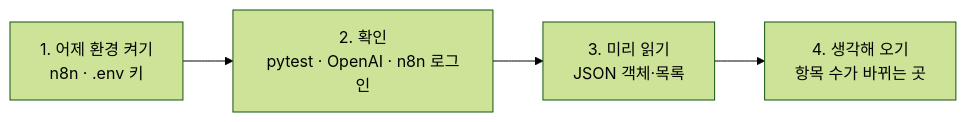
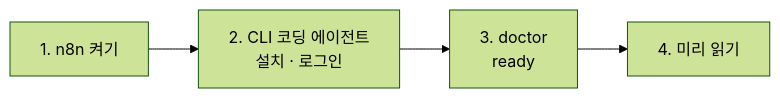
Before and after one commit to jbbdyee/ai-engineering-lab: the diagram in Lecture/66/00-DAY66-PREP.md, drawn with Mermaid (forest theme). The commit also changed other lines of this file and 40 other files, not shown here.

````diff
--- a/Lecture/66/00-DAY66-PREP.md
+++ b/Lecture/66/00-DAY66-PREP.md
@@ -8,6 +8,4 @@
 ```mermaid
 flowchart LR
-  A["1. 어제 환경 켜기<br/>n8n · .env 키"] --> B["2. 확인<br/>pytest · OpenAI · n8n 로그인"]
-  B --> C["3. 미리 읽기<br/>JSON 객체·목록"]
-  C --> D["4. 생각해 오기<br/>항목 수가 바뀌는 곳"]
+  A["1. n8n 켜기"] --> B["2. CLI 코딩 에이전트<br/>설치 · 로그인"] --> C["3. doctor<br/>ready"] --> D["4. 미리 읽기"]
 ```
````
